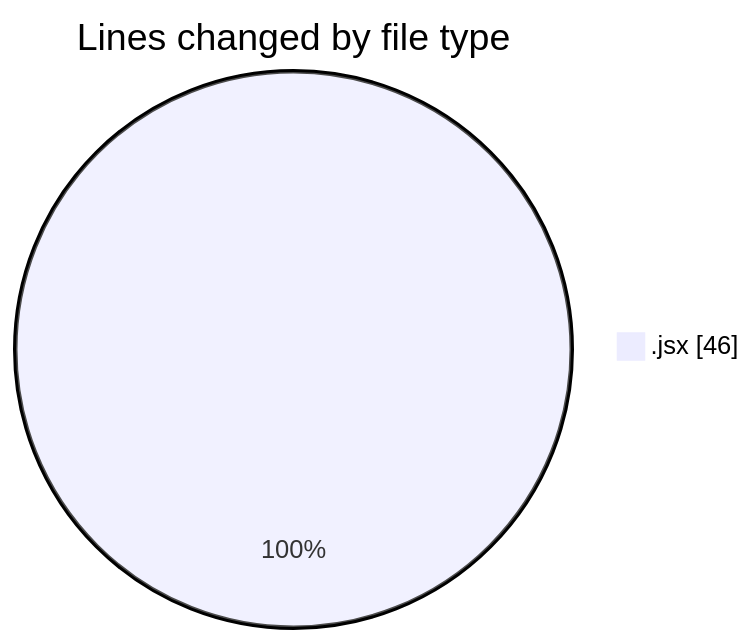
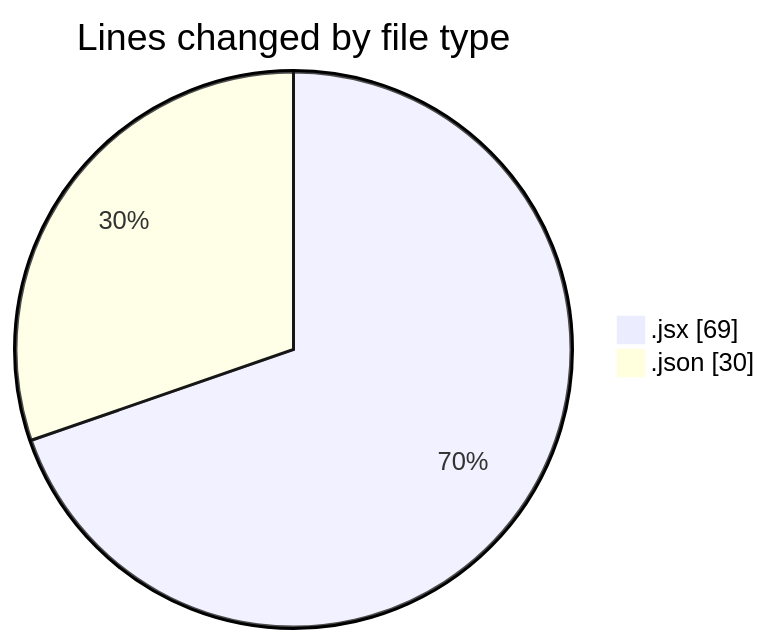
One commit to Elitesun/code-tracking changed the first of 2 diagrams in 2025-01-30/react/README.md. Above: the diagram before and after it, drawn with Mermaid. The commit also changed other lines of this file and 2 other files, not shown here.

````diff
--- a/2025-01-30/react/README.md
+++ b/2025-01-30/react/README.md
@@ -21,5 +22,6 @@
 ```mermaid
 pie showData
 title Lines changed by file type
-".jsx" : 46
+".jsx" : 69
+".json" : 30
 ```
````
